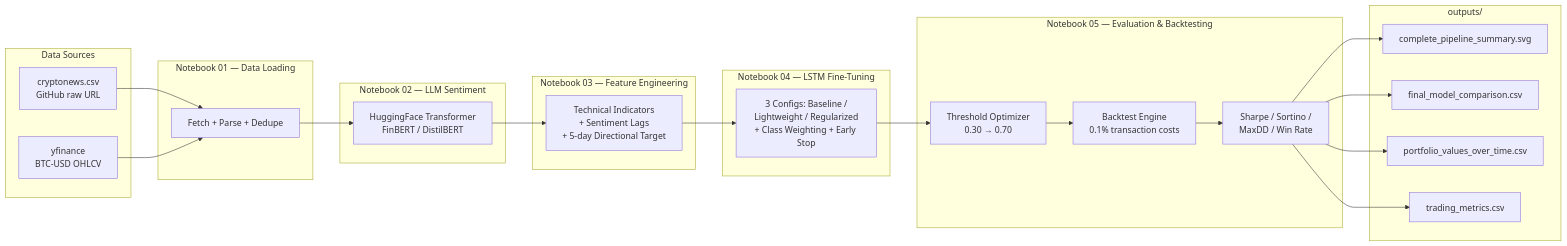
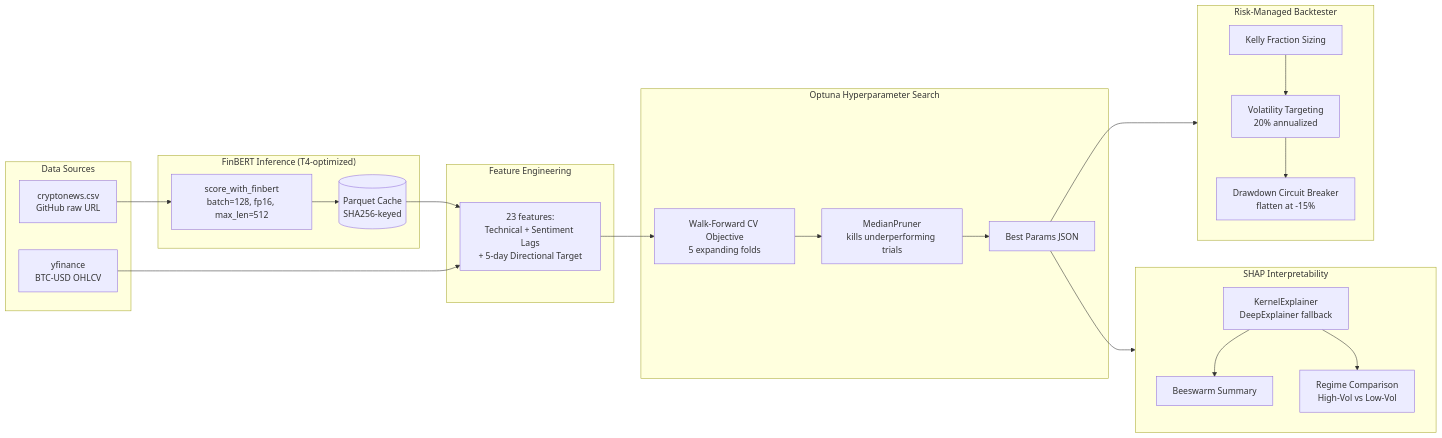
Before and after one commit to nassim0014/btc-llm-sentiment: the diagram in README.md, drawn with Mermaid. The commit also changed other lines of this file and 1 other file, not shown here.

First line of the commit message:
docs: update README for Phase 2 architecture and completion

````diff
--- a/README.md
+++ b/README.md
@@ -38,44 +43,47 @@
 ```mermaid
 flowchart LR
     subgraph Sources["Data Sources"]
         NEWS[cryptonews.csv<br/>GitHub raw URL]
         YF[yfinance<br/>BTC-USD OHLCV]
     end
 
-    subgraph N1["Notebook 01 — Data Loading"]
-        LOAD[Fetch + Parse + Dedupe]
+    subgraph Inference["FinBERT Inference (T4-optimized)"]
+        FB[score_with_finbert<br/>batch=128, fp16, max_len=512]
+        CACHE[(Parquet Cache<br/>SHA256-keyed)]
     end
 
-    subgraph N2["Notebook 02 — LLM Sentiment"]
-        HF[HuggingFace Transformer<br/>FinBERT / DistilBERT]
+    subgraph Features["Feature Engineering"]
+        FE[23 features:<br/>Technical + Sentiment Lags<br/>+ 5-day Directional Target]
     end
 
-    subgraph N3["Notebook 03 — Feature Engineering"]
-        FE[Technical Indicators<br/>+ Sentiment Lags<br/>+ 5-day Directional Target]
+    subgraph HPO["Optuna Hyperparameter Search"]
+        OBJ[Walk-Forward CV Objective<br/>5 expanding folds]
+        PRUNE[MedianPruner<br/>kills underperforming trials]
+        BEST[Best Params JSON]
     end
 
-    subgraph N4["Notebook 04 — LSTM Fine-Tuning"]
-        LSTM[3 Configs: Baseline /<br/>Lightweight / Regularized<br/>+ Class Weighting + Early Stop]
+    subgraph Risk["Risk-Managed Backtester"]
+        KELLY[Kelly Fraction Sizing]
+        VOL[Volatility Targeting<br/>20% annualized]
+        DD[Drawdown Circuit Breaker<br/>flatten at -15%]
     end
 
-    subgraph N5["Notebook 05 — Evaluation & Backtesting"]
-        THRESH[Threshold Optimizer<br/>0.30 → 0.70]
-        BT[Backtest Engine<br/>0.1% transaction costs]
-        METRICS[Sharpe / Sortino /<br/>MaxDD / Win Rate]
+    subgraph SHAP["SHAP Interpretability"]
+        EXPL[KernelExplainer<br/>DeepExplainer fallback]
+        BEE[Beeswarm Summary]
+        REG[Regime Comparison<br/>High-Vol vs Low-Vol]
     end
 
-    subgraph Out["outputs/"]
-        SVG[complete_pipeline_summary.svg]
-        CSV1[final_model_comparison.csv]
-        CSV2[portfolio_values_over_time.csv]
-        CSV3[trading_metrics.csv]
-    end
-
-    NEWS --> LOAD
-    YF --> LOAD
-    LOAD --> HF --> FE --> LSTM --> THRESH --> BT --> METRICS
-    METRICS --> SVG
-    METRICS --> CSV1
-    METRICS --> CSV2
-    METRICS --> CSV3
+    NEWS --> FB
+    FB --> CACHE
+    CACHE --> FE
+    YF --> FE
+    FE --> OBJ
+    OBJ --> PRUNE
+    PRUNE --> BEST
+    BEST --> Risk
+    KELLY --> VOL --> DD
+    BEST --> SHAP
+    EXPL --> BEE
+    EXPL --> REG
 ```
````
